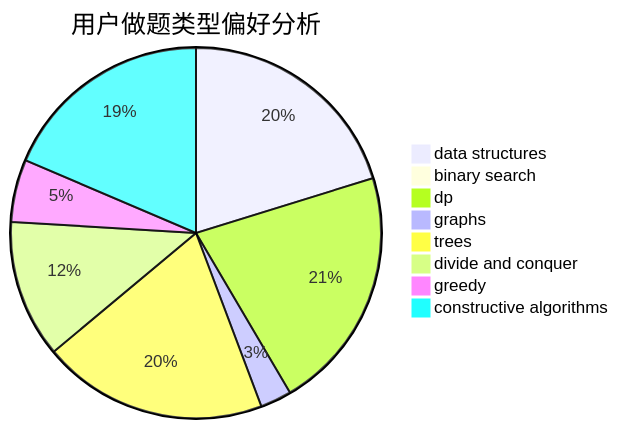
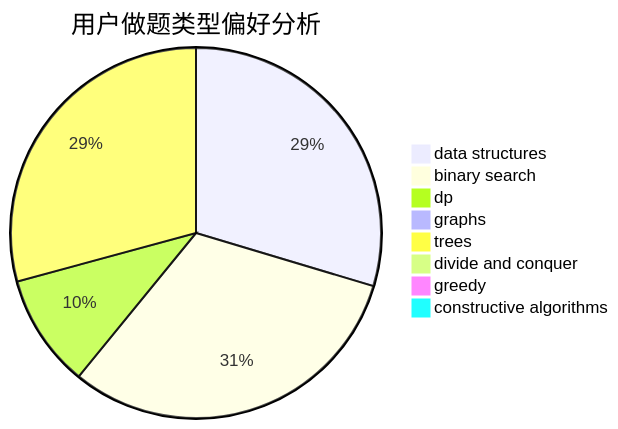
Before and after one commit to sherpahu/cfrs.github.io: the second of 3 diagrams in docs/user/u1860.md, drawn with Mermaid. The commit also changed other lines of this file and 2770 other files, not shown here.

````diff
--- a/docs/user/u1860.md
+++ b/docs/user/u1860.md
@@ -23,11 +23,11 @@
 ```mermaid
 pie title 用户做题类型偏好分析
-    "data structures" :  37
-    "binary search" :  0
-    "dp" :  39
-    "graphs" :  5
-    "trees" :  36
-    "divide and conquer" :  22
-    "greedy" :  10
-    "constructive algorithms" :  34
+    "data structures" :  72
+    "binary search" :  76
+    "dp" :  24
+    "graphs" :  1
+    "trees" :  71
+    "divide and conquer" :  1
+    "greedy" :  2
+    "constructive algorithms" :  0
 ```
````
